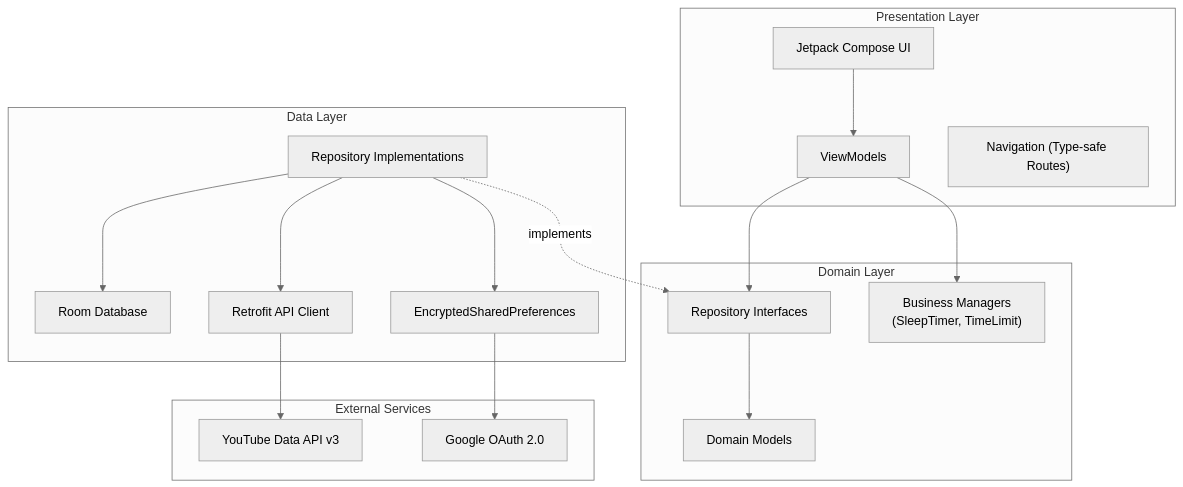
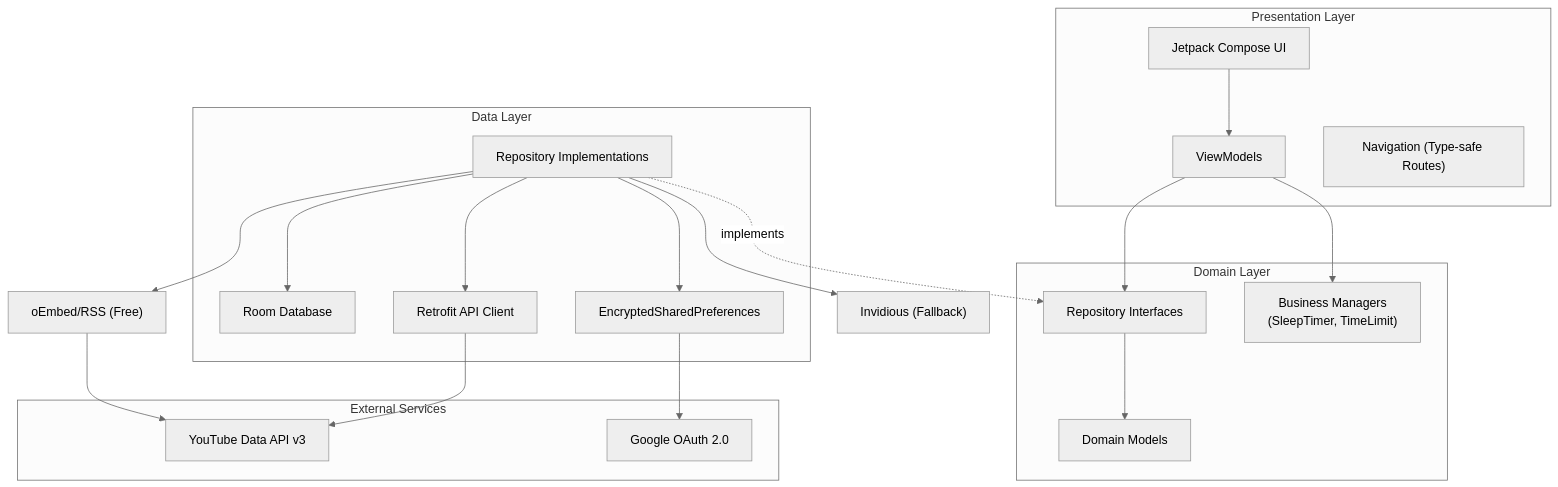
The first of 8 diagrams in docs/HLD.md (degipe/YouTubeWhitelist), drawn with Mermaid (neutral theme) before and after one commit. The commit also changed other lines of this file and 14 other files, not shown here.

````diff
--- a/docs/HLD.md
+++ b/docs/HLD.md
@@ -28,37 +28,40 @@
 ```mermaid
 graph TB
     subgraph Presentation["Presentation Layer"]
         UI["Jetpack Compose UI"]
         VM["ViewModels"]
         NAV["Navigation (Type-safe Routes)"]
     end
 
     subgraph Domain["Domain Layer"]
         REPO_IF["Repository Interfaces"]
         MODELS["Domain Models"]
         MANAGERS["Business Managers<br/>(SleepTimer, TimeLimit)"]
     end
 
     subgraph Data["Data Layer"]
         REPO_IMPL["Repository Implementations"]
         ROOM["Room Database"]
         RETROFIT["Retrofit API Client"]
         PREFS["EncryptedSharedPreferences"]
     end
 
     subgraph External["External Services"]
         YT_API["YouTube Data API v3"]
         GOOGLE_OAUTH["Google OAuth 2.0"]
     end
 
     UI --> VM
     VM --> REPO_IF
     VM --> MANAGERS
     REPO_IF --> MODELS
     REPO_IMPL -.->|implements| REPO_IF
     REPO_IMPL --> ROOM
     REPO_IMPL --> RETROFIT
+    REPO_IMPL --> OEMBED["oEmbed/RSS (Free)"]
+    REPO_IMPL --> INVIDIOUS["Invidious (Fallback)"]
     REPO_IMPL --> PREFS
     RETROFIT --> YT_API
+    OEMBED --> YT_API
     PREFS --> GOOGLE_OAUTH
 ```
````
